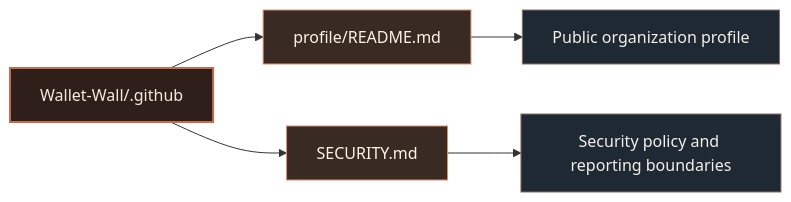
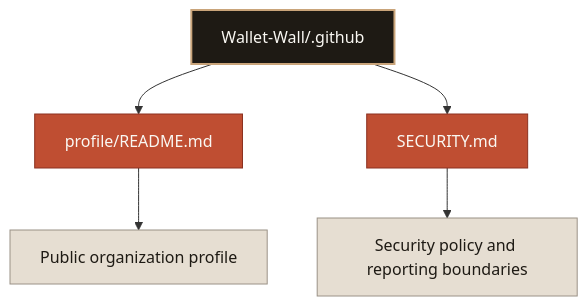
Before and after one commit to Wallet-Wall/.github: the diagram in README.md, drawn with Mermaid. The commit also changed 2 other files, not shown here.

Commit message:
docs: standardize Mermaid diagram palette

````diff
--- a/README.md
+++ b/README.md
@@ -16,18 +16,18 @@
 ```mermaid
-flowchart LR
+flowchart TD
     repo[Wallet-Wall/.github]
 
     repo --> profile[profile/README.md]
     repo --> security[SECURITY.md]
 
     profile --> orgPage[Public organization profile]
     security --> policy[Security policy and reporting boundaries]
 
-    classDef root fill:#2F1F1A,stroke:#C66B4E,color:#F7EADC,stroke-width:2px
-    classDef file fill:#3A2A24,stroke:#D98F6F,color:#FFF3E5,stroke-width:1px
-    classDef output fill:#1F2933,stroke:#8B6F61,color:#F4EFE8,stroke-width:1px
+    classDef root fill:#1E1A14,stroke:#C9A47A,color:#FAF8F3,stroke-width:2px
+    classDef file fill:#BF4E32,stroke:#8B3120,color:#FAF8F3,stroke-width:1px
+    classDef output fill:#E6DED2,stroke:#9A9186,color:#1E1A14,stroke-width:1px
 
     class repo root
     class profile,security file
     class orgPage,policy output
 ```
````
